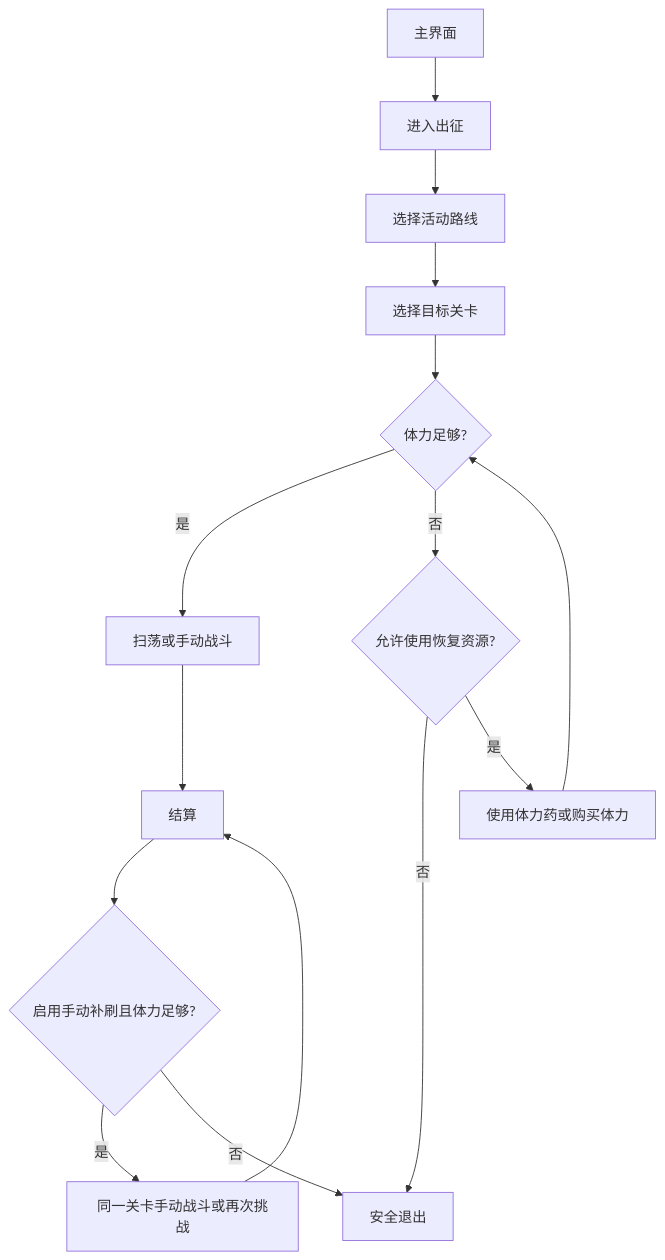
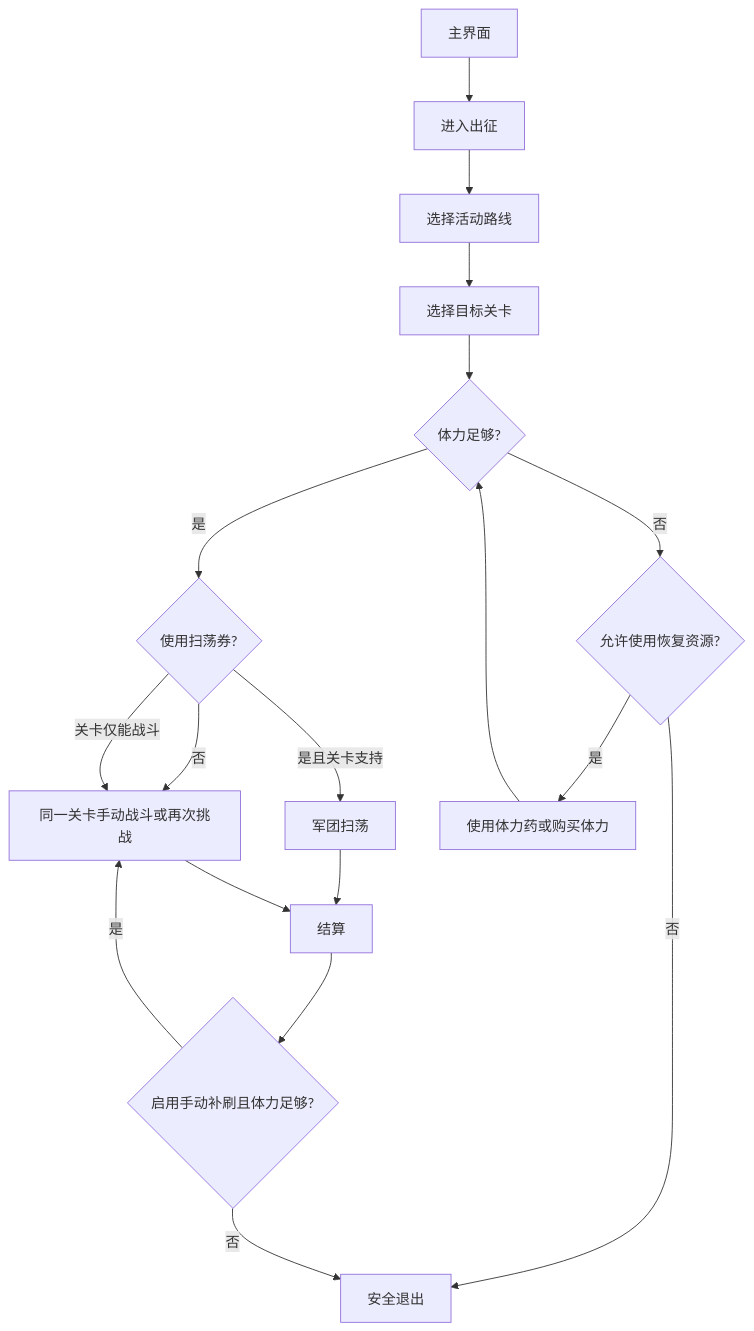
Before and after one commit to RShock/TKFMaa: the diagram in docs/zh_cn/tasks/daily_stamina.md, drawn with Mermaid. The commit also changed other lines of this file and 5 other files, not shown here.

````diff
--- a/docs/zh_cn/tasks/daily_stamina.md
+++ b/docs/zh_cn/tasks/daily_stamina.md
@@ -34,18 +34,21 @@
 ```mermaid
 flowchart TD
 A[主界面] --> B[进入出征]
 B --> C[选择活动路线]
 C --> D[选择目标关卡]
 D --> E{体力足够?}
-E -->|是| F[扫荡或手动战斗]
+E -->|是| Mode{使用扫荡券?}
+Mode -->|否| L
+Mode -->|是且关卡支持| F[军团扫荡]
+Mode -->|关卡仅能战斗| L
 E -->|否| G{允许使用恢复资源?}
 G -->|否| H[安全退出]
 G -->|是| I[使用体力药或购买体力]
 I --> E
 F --> J[结算]
 J --> K{启用手动补刷且体力足够?}
 K -->|是| L[同一关卡手动战斗或再次挑战]
 L --> J
 K -->|否| H
 
 ```
````
